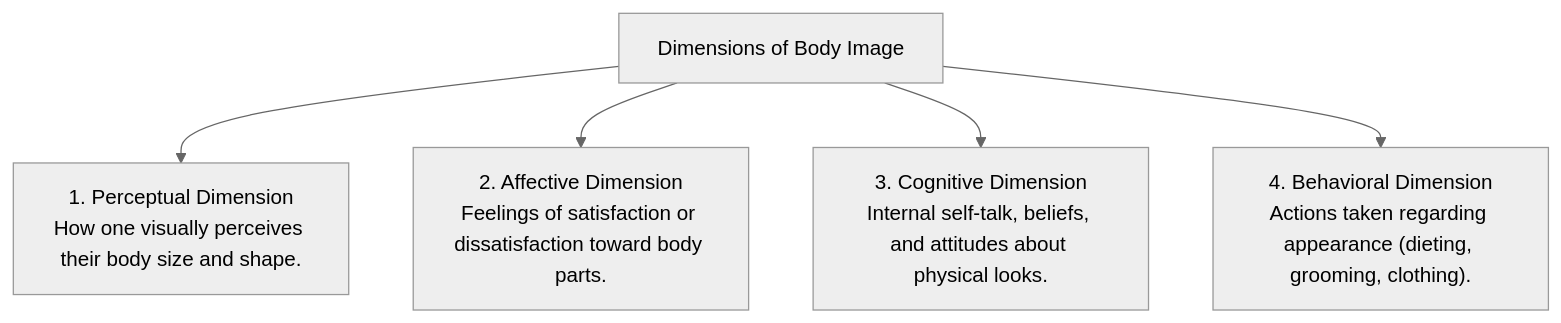
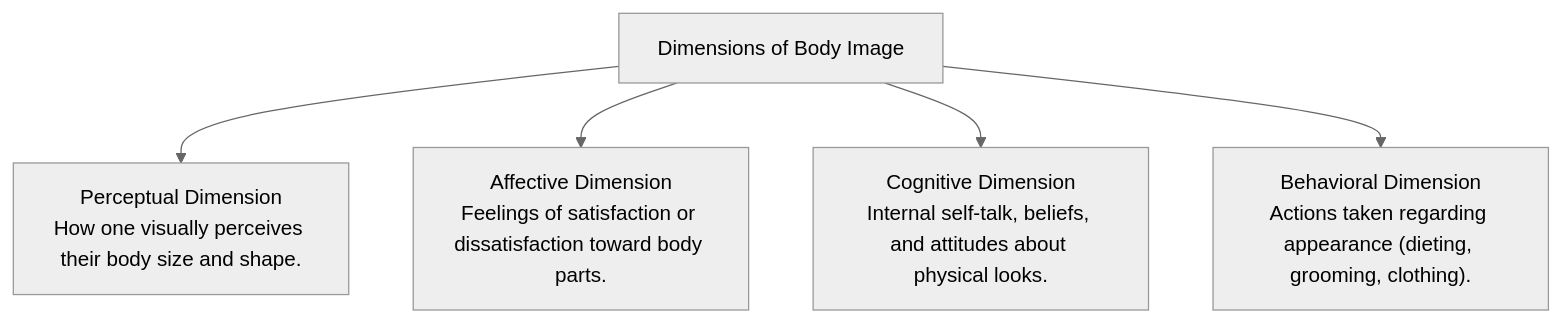
Before and after one commit to aidocmr/learn-bscs: the third of 4 diagrams in content/Year 1/Understanding the Self/7. The Physical Self.md, drawn with Mermaid (neutral theme). The commit also changed other lines of this file and 20 other files, not shown here.

First line of the commit message:
fix: Remove markdown lists and numbered prefixes from all Mermaid diagrams

````diff
--- a/content/Year 1/Understanding the Self/7. The Physical Self.md
+++ b/content/Year 1/Understanding the Self/7. The Physical Self.md
@@ -66,7 +66,7 @@
 ```mermaid
 graph TD
-    BI["Dimensions of Body Image"] --> P["1. Perceptual Dimension<br/>How one visually perceives their body size and shape."]
-    BI --> A["2. Affective Dimension<br/>Feelings of satisfaction or dissatisfaction toward body parts."]
-    BI --> C["3. Cognitive Dimension<br/>Internal self-talk, beliefs, and attitudes about physical looks."]
-    BI --> B["4. Behavioral Dimension<br/>Actions taken regarding appearance (dieting, grooming, clothing)."]
+    BI["Dimensions of Body Image"] --> P["Perceptual Dimension<br/>How one visually perceives their body size and shape."]
+    BI --> A["Affective Dimension<br/>Feelings of satisfaction or dissatisfaction toward body parts."]
+    BI --> C["Cognitive Dimension<br/>Internal self-talk, beliefs, and attitudes about physical looks."]
+    BI --> B["Behavioral Dimension<br/>Actions taken regarding appearance (dieting, grooming, clothing)."]
 ```
````
